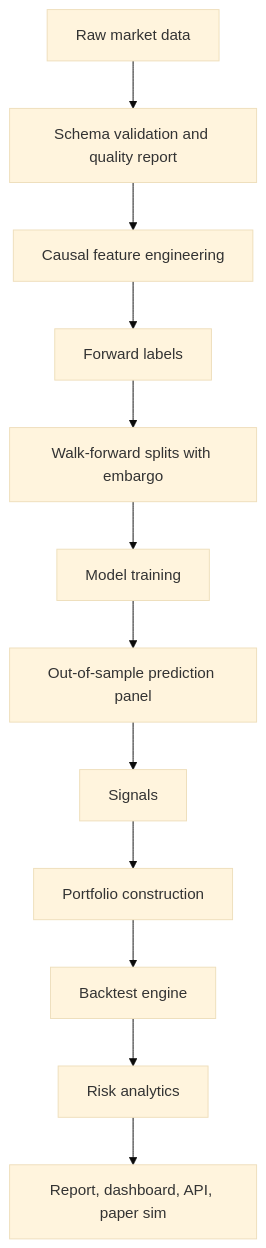
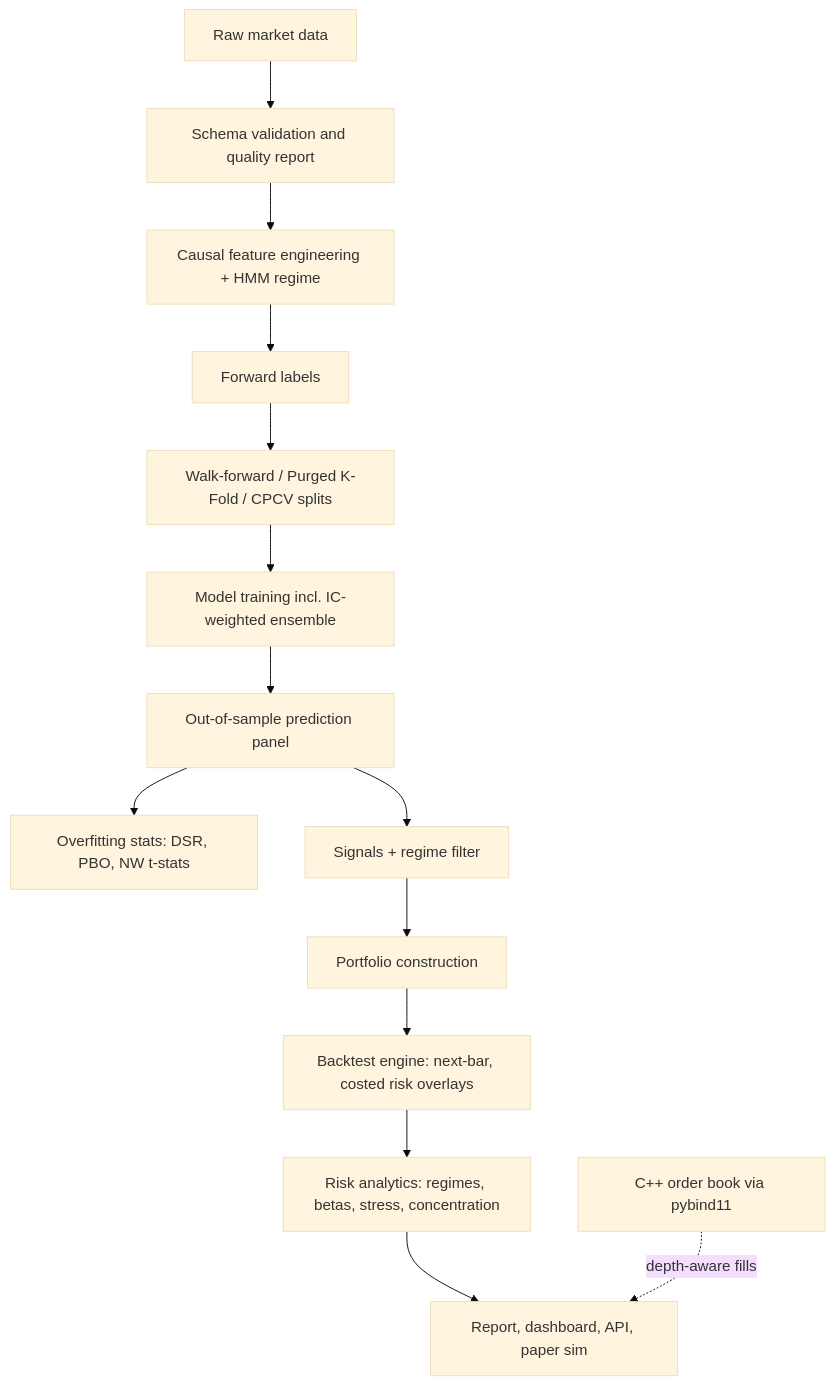
Before and after one commit to srgangaram-swe/AlphaForge: the diagram in docs/architecture.md, drawn with Mermaid (base theme). The commit also changed other lines of this file and 49 other files, not shown here.

````diff
--- a/docs/architecture.md
+++ b/docs/architecture.md
@@ -5,14 +5,16 @@
 ```mermaid
 flowchart TD
     raw[Raw market data] --> validate[Schema validation and quality report]
-    validate --> features[Causal feature engineering]
+    validate --> features[Causal feature engineering + HMM regime]
     features --> labels[Forward labels]
-    labels --> splits[Walk-forward splits with embargo]
-    splits --> models[Model training]
+    labels --> splits[Walk-forward / Purged K-Fold / CPCV splits]
+    splits --> models[Model training incl. IC-weighted ensemble]
     models --> preds[Out-of-sample prediction panel]
-    preds --> signals[Signals]
+    preds --> overfit[Overfitting stats: DSR, PBO, NW t-stats]
+    preds --> signals[Signals + regime filter]
     signals --> portfolio[Portfolio construction]
-    portfolio --> backtest[Backtest engine]
-    backtest --> risk[Risk analytics]
+    portfolio --> backtest[Backtest engine: next-bar, costed risk overlays]
+    backtest --> risk[Risk analytics: regimes, betas, stress, concentration]
     risk --> outputs[Report, dashboard, API, paper sim]
+    native[C++ order book via pybind11] -.depth-aware fills.-> outputs
 ```
````
